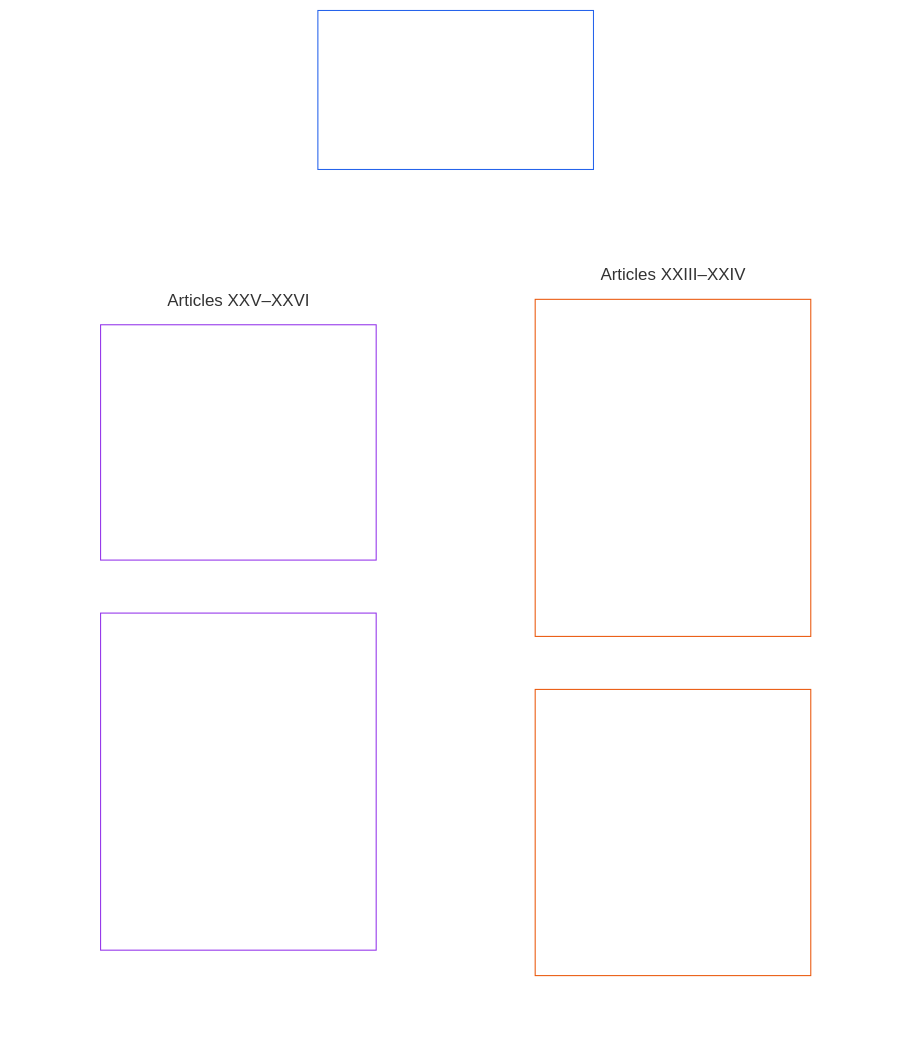
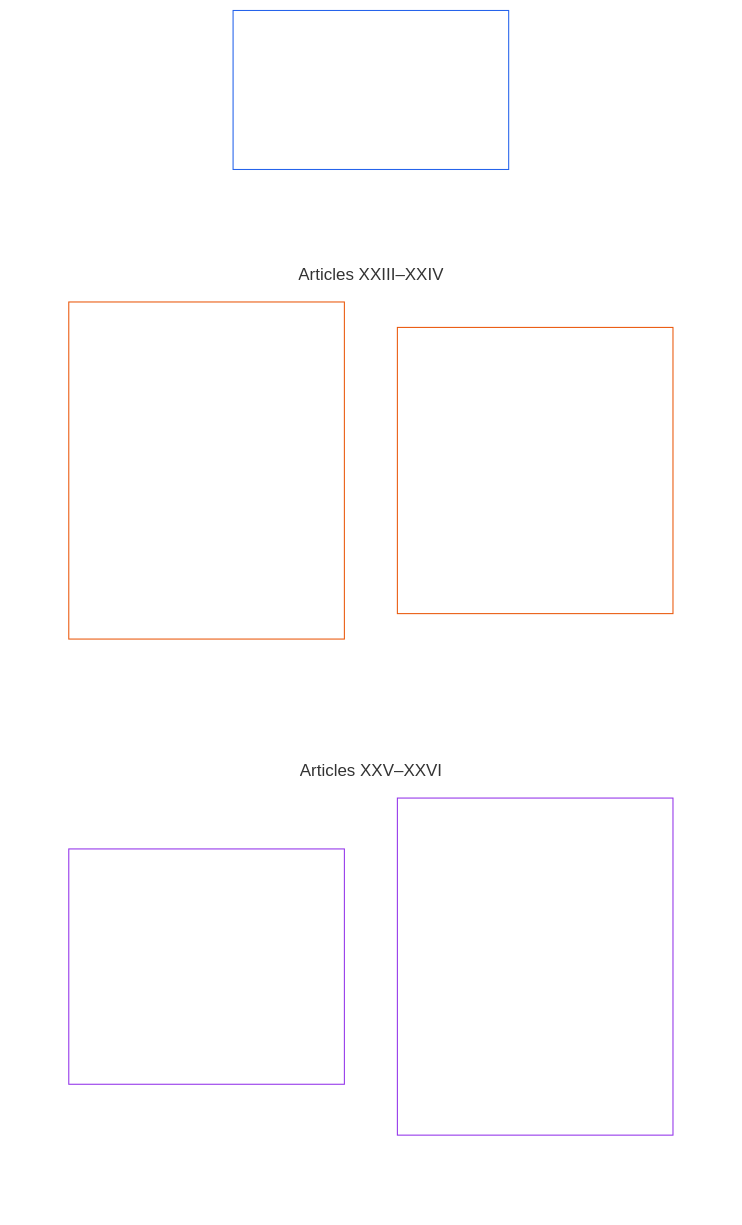
Before and after one commit to kfoelsch/Sentient_Constitution: the diagram in core_06_rights_part_d.md, drawn with Mermaid (forest theme). The commit also changed other lines of this file and 44 other files, not shown here.

````diff
--- a/core_06_rights_part_d.md
+++ b/core_06_rights_part_d.md
@@ -39,26 +40,27 @@
 ```mermaid
 flowchart TB
     D0["Part D<br/><br/>Justice, constitutional review, evolution, and transition"]
     subgraph Dgrid[" "]
         direction TB
         subgraph Drow1["Articles XXIII–XXIV"]
-            direction LR
             D1["Article XXIII · Conflict Resolution, Escalation, and Emergency Proportionality<br/><br/>• Justice objective and scope<br/>• Restitution and restorative accountability<br/>• Least-restrictive and time-bounded rules<br/>• Emergency continuation burden"]
             D2["Article XXIV · Timely Retrospective Review and Restorative Alignment<br/><br/>• Retrospective review and disclosure<br/>• Rights-collision procedure<br/>• Restorative alignment<br/>• Timely resolution and anti-delay"]
         end
         subgraph Drow2["Articles XXV–XXVI"]
-            direction LR
             D3["Article XXV · Constitutional Evolution and Non-Entrenchment<br/><br/>• Non-entrenchment and revisability<br/>• Periodic revalidation and transparent change"]
             D4["Article XXVI · Transition Governance, Continuity, and Re-Baselining<br/><br/>• Phased adoption and Rights Floor continuity<br/>• Transitional authority and reauthorization<br/>• Failure off-ramps, re-baselining, and traceability<br/>• Non-compliant property and systems"]
         end
     end
-    D0 ~~~ Dgrid
+    %% Invisible links force a two-wide grid: each link puts its target one level down.
+    D0 ~~~ D1 & D2
+    D1 ~~~ D3
+    D2 ~~~ D4
     style Dgrid fill:none,stroke:none
     style Drow1 fill:none,stroke:none
     style Drow2 fill:none,stroke:none
     style D0 fill:none,stroke:#2563eb,color:#ffffff
     style D1 fill:none,stroke:#ea580c,color:#ffffff
     style D2 fill:none,stroke:#ea580c,color:#ffffff
     style D3 fill:none,stroke:#9333ea,color:#ffffff
     style D4 fill:none,stroke:#9333ea,color:#ffffff
 ```
````
